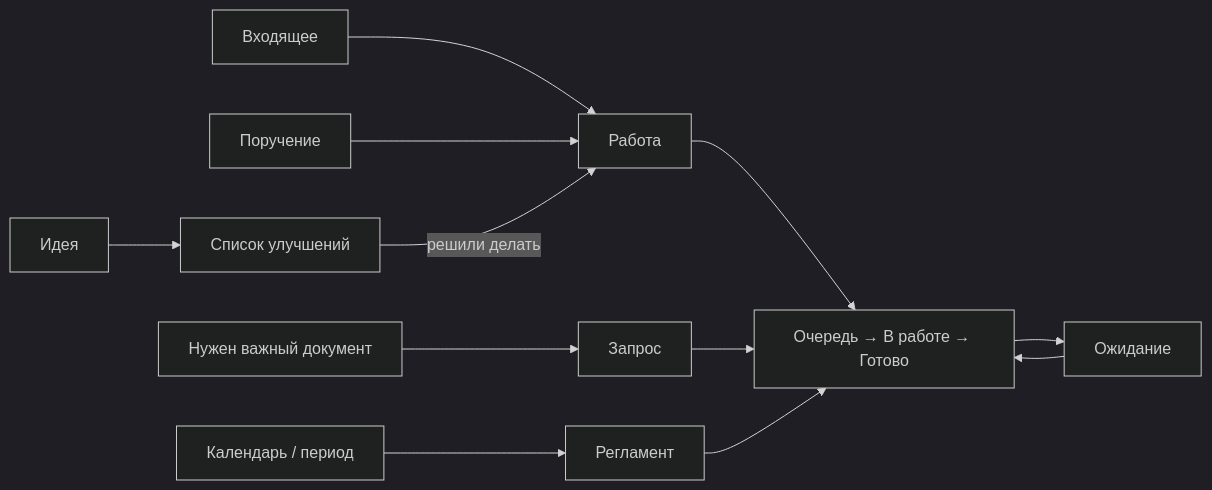
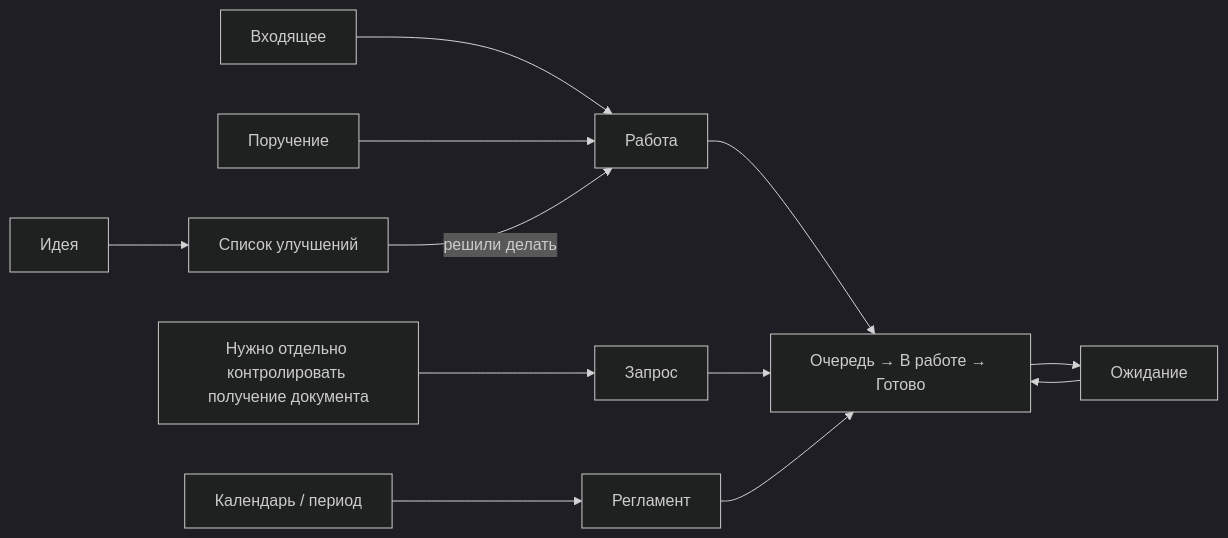
The diagram in README.md (lazuale/department), drawn with Mermaid (dark theme) before and after one commit. The commit also changed other lines of this file, not shown here.

````diff
--- a/README.md
+++ b/README.md
@@ -7,15 +22,15 @@
 ```mermaid
 flowchart LR
     A[Входящее] --> W[Работа]
-    B[Нужен важный документ] --> Q[Запрос]
+    B[Нужно отдельно контролировать получение документа] --> Q[Запрос]
     C[Календарь / период] --> R[Регламент]
     D[Поручение] --> W
     I[Идея] --> J[Список улучшений]
     J -->|решили делать| W
 
     W --> S[Очередь → В работе → Готово]
     Q --> S
     R --> S
     S --> O[Ожидание]
     O --> S
 ```
````
